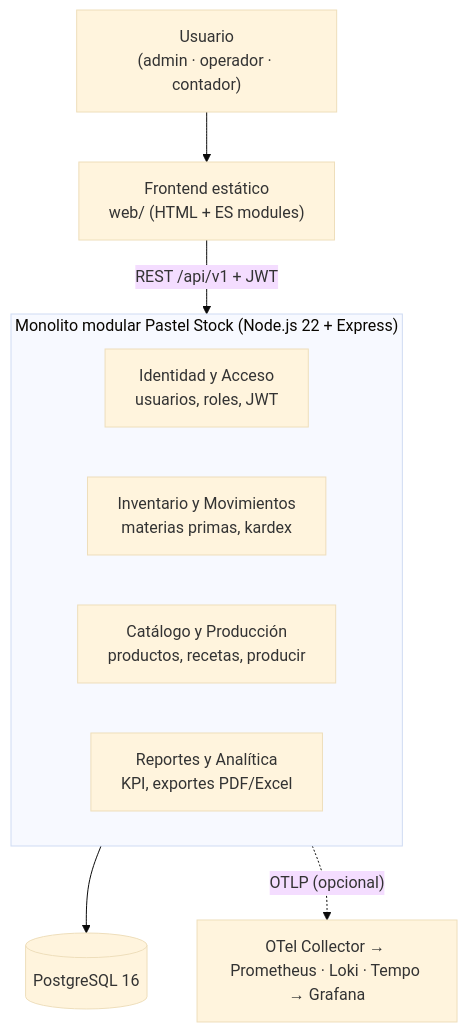
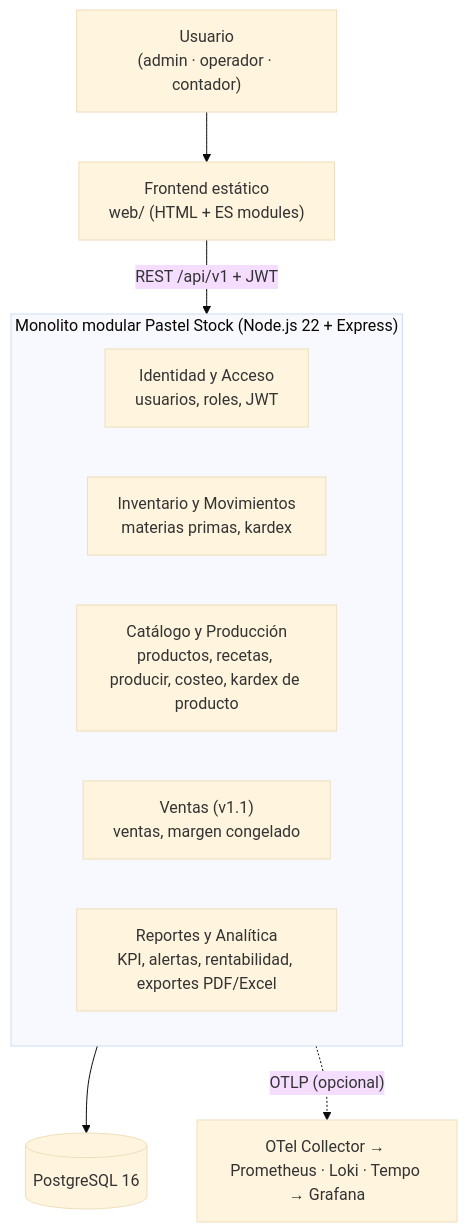
One commit to Sauremk/Pastel-Stock changed the first of 6 diagrams in docs/ARQUITECTURA.md. Above: the diagram before and after it, drawn with Mermaid (base theme). The commit also changed other lines of this file and 61 other files, not shown here.

First line of the commit message:
feat: Pastel Stock v1.1 — ventas, costeo, alertas de caducidad, ajustes y rediseño

````diff
--- a/docs/ARQUITECTURA.md
+++ b/docs/ARQUITECTURA.md
@@ -9,13 +9,14 @@
 ```mermaid
 flowchart TB
   U["Usuario<br/>(admin · operador · contador)"] --> FE["Frontend estático<br/>web/ (HTML + ES modules)"]
   FE -- "REST /api/v1 + JWT" --> API
   subgraph API["Monolito modular Pastel Stock (Node.js 22 + Express)"]
     ID["Identidad y Acceso<br/>usuarios, roles, JWT"]
     INV["Inventario y Movimientos<br/>materias primas, kardex"]
-    CAT["Catálogo y Producción<br/>productos, recetas, producir"]
-    REP["Reportes y Analítica<br/>KPI, exportes PDF/Excel"]
+    CAT["Catálogo y Producción<br/>productos, recetas, producir, costeo, kardex de producto"]
+    VEN["Ventas (v1.1)<br/>ventas, margen congelado"]
+    REP["Reportes y Analítica<br/>KPI, alertas, rentabilidad, exportes PDF/Excel"]
   end
   API --> DB[("PostgreSQL 16")]
   API -. "OTLP (opcional)" .-> OBS["OTel Collector → Prometheus · Loki · Tempo → Grafana"]
 ```
````
